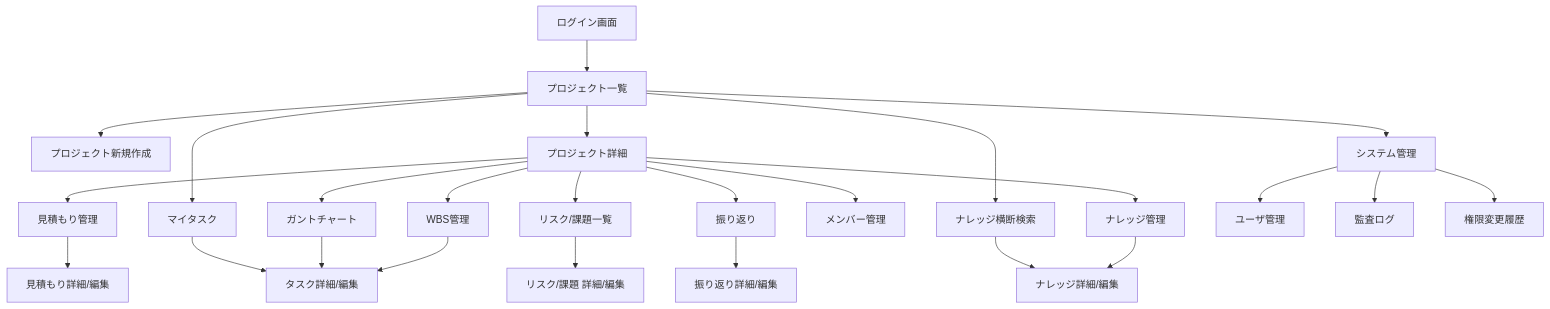
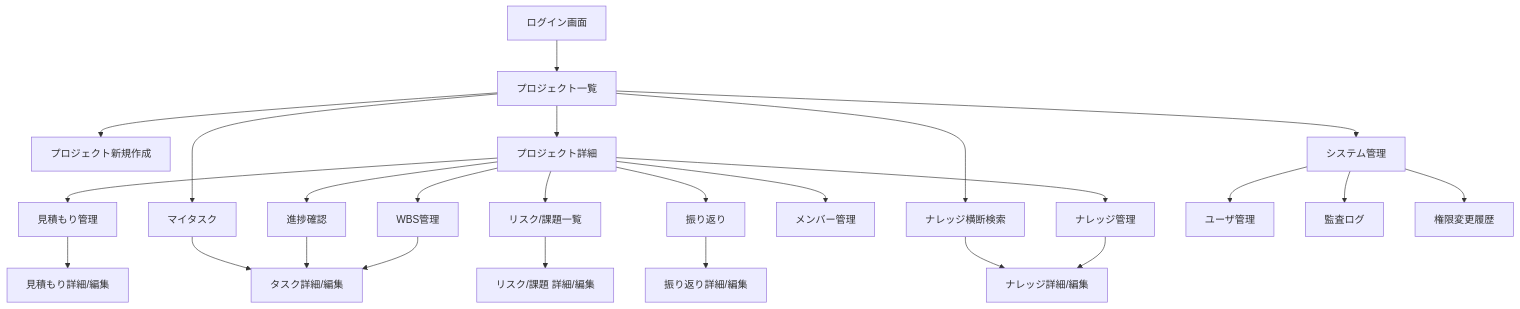
One commit to teppei19980914/BusinessManagementPlatform changed the diagram in docs/design/UI_PATTERNS.md. Above: the diagram before and after it, drawn with Mermaid. The commit also changed other lines of this file and 198 other files, not shown here.

````diff
--- a/docs/design/UI_PATTERNS.md
+++ b/docs/design/UI_PATTERNS.md
@@ -13,33 +13,33 @@
 ```mermaid
 flowchart TD
     LOGIN[ログイン画面] --> PJ_LIST[プロジェクト一覧]
 
     PJ_LIST --> PJ_NEW[プロジェクト新規作成]
     PJ_LIST --> PJ_DETAIL[プロジェクト詳細]
 
     PJ_DETAIL --> TAB_EST[見積もり管理]
     PJ_DETAIL --> TAB_TASK[WBS管理]
-    PJ_DETAIL --> TAB_GANTT[ガントチャート]
+    PJ_DETAIL --> TAB_GANTT[進捗確認]
     PJ_DETAIL --> TAB_RISK[リスク/課題一覧]
     PJ_DETAIL --> TAB_KN[ナレッジ管理]
     PJ_DETAIL --> TAB_RETRO[振り返り]
     PJ_DETAIL --> TAB_MEMBER[メンバー管理]
 
     TAB_EST --> EST_DETAIL[見積もり詳細/編集]
     TAB_TASK --> TASK_DETAIL[タスク詳細/編集]
     TAB_GANTT --> TASK_DETAIL
     TAB_RISK --> RISK_DETAIL[リスク/課題 詳細/編集]
     TAB_KN --> KN_DETAIL[ナレッジ詳細/編集]
     TAB_RETRO --> RETRO_DETAIL[振り返り詳細/編集]
 
     PJ_LIST --> MY_TASKS[マイタスク]
     MY_TASKS --> TASK_DETAIL
 
     PJ_LIST --> KN_SEARCH[ナレッジ横断検索]
     KN_SEARCH --> KN_DETAIL
 
     PJ_LIST --> ADMIN[システム管理]
     ADMIN --> USER_MGMT[ユーザ管理]
     ADMIN --> AUDIT[監査ログ]
     ADMIN --> ROLE_HIST[権限変更履歴]
 ```
````
